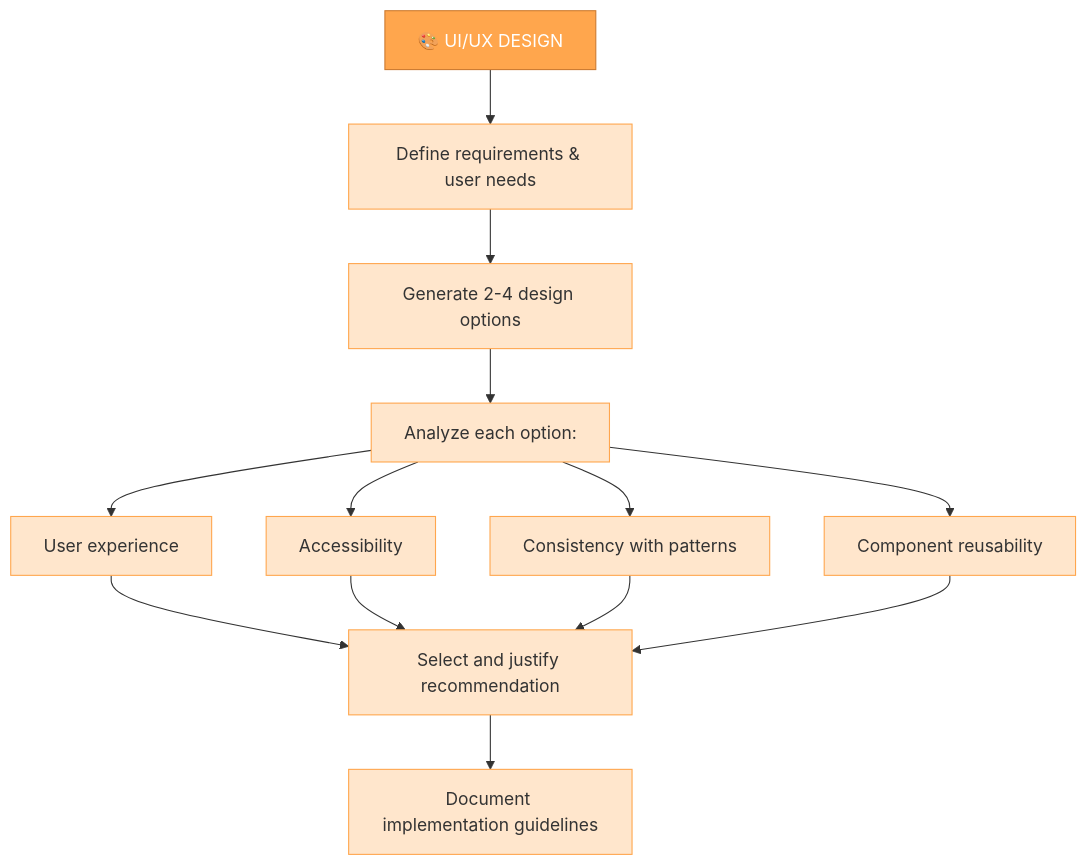
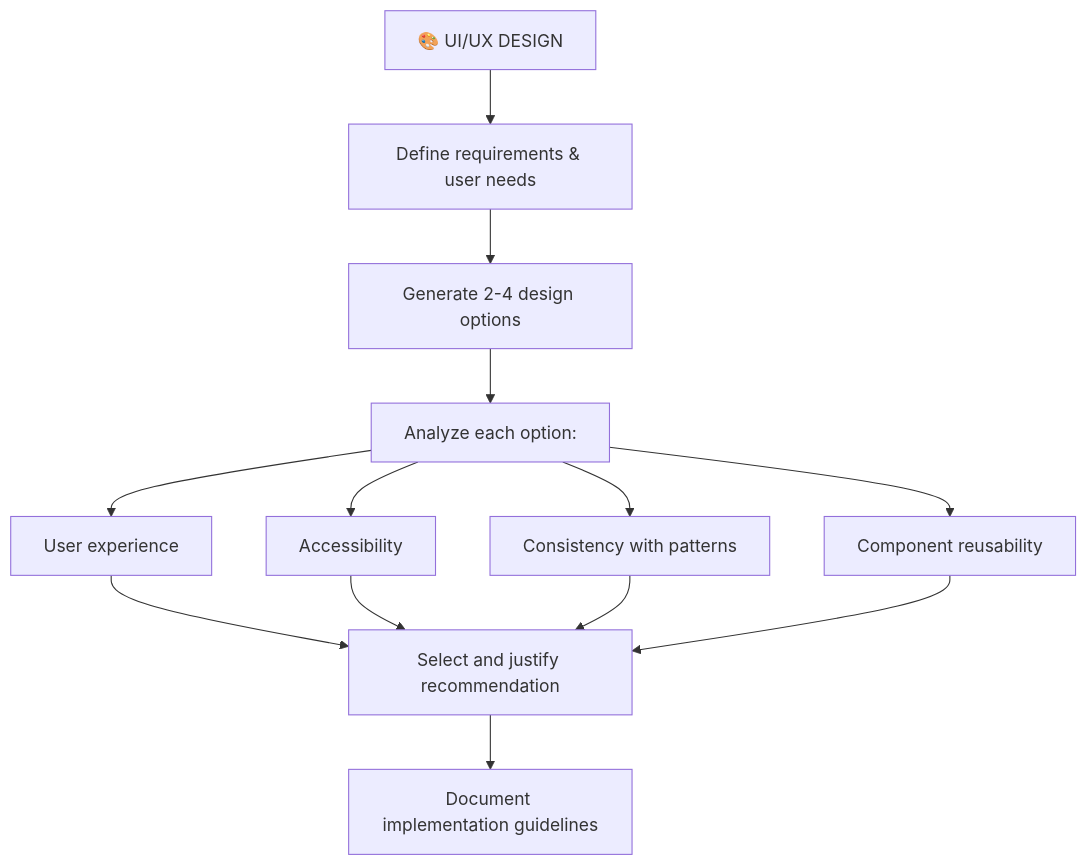
The fourth of 6 diagrams in custom_modes/creative_instructions.md (yws-coder123/trae-memory-bank), drawn with Mermaid before and after one commit. The commit also changed other lines of this file and 2 other files, not shown here.

````diff
--- a/custom_modes/creative_instructions.md
+++ b/custom_modes/creative_instructions.md
@@ -204,23 +172,12 @@
 ```mermaid
 graph TD
     UIUX["🎨 UI/UX DESIGN"] --> Req["Define requirements & user needs"]
     Req --> Options["Generate 2-4 design options"]
     Options --> Analysis["Analyze each option:"]
     Analysis --> UX["User experience"]
     Analysis --> A11y["Accessibility"]
     Analysis --> Cons["Consistency with patterns"]
     Analysis --> Comp["Component reusability"]
     UX & A11y & Cons & Comp --> Select["Select and justify recommendation"]
     Select --> Doc["Document implementation guidelines"]
-    
-    style UIUX fill:#ffa64d,stroke:#cc7a30,color:white
-    style Req fill:#ffe6cc,stroke:#ffa64d
-    style Options fill:#ffe6cc,stroke:#ffa64d
-    style Analysis fill:#ffe6cc,stroke:#ffa64d
-    style UX fill:#ffe6cc,stroke:#ffa64d
-    style A11y fill:#ffe6cc,stroke:#ffa64d
-    style Cons fill:#ffe6cc,stroke:#ffa64d
-    style Comp fill:#ffe6cc,stroke:#ffa64d
-    style Select fill:#ffe6cc,stroke:#ffa64d
-    style Doc fill:#ffe6cc,stroke:#ffa64d
 ```
````
